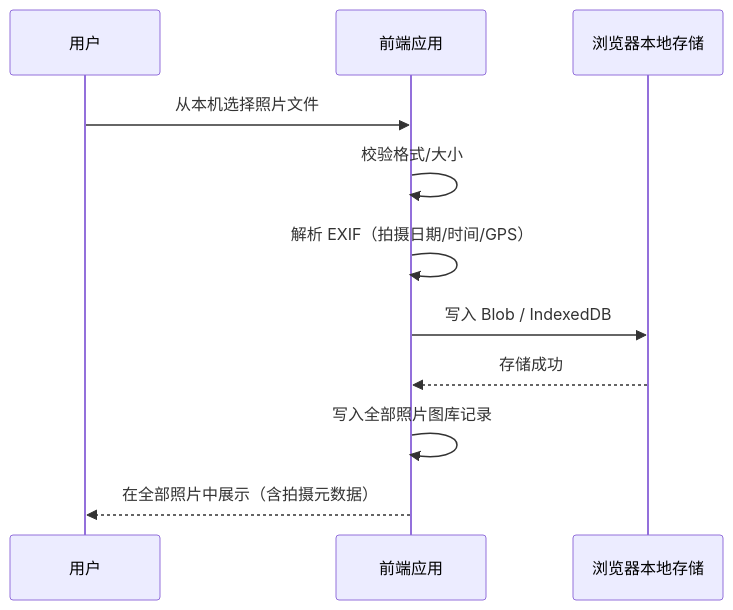
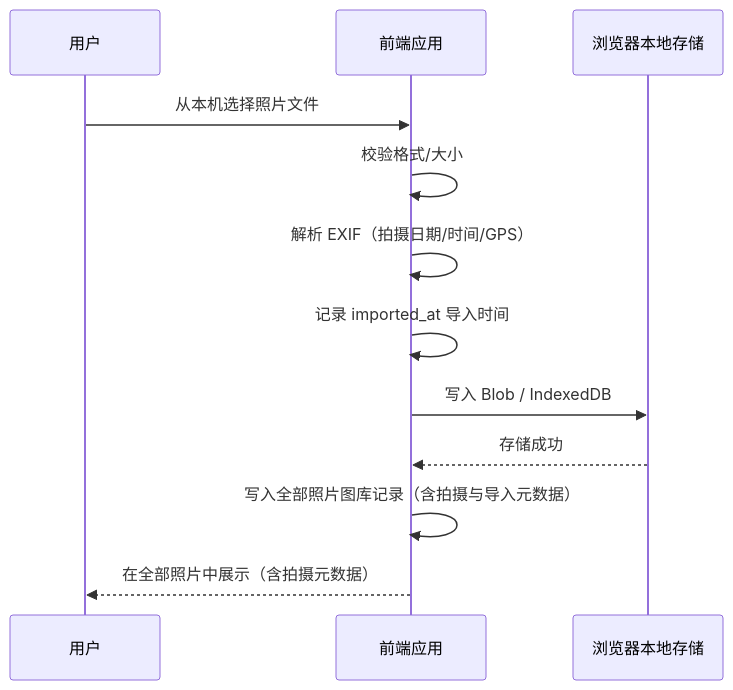
The third of 4 diagrams in PRD.md (skmywwx/MLT), drawn with Mermaid before and after one commit. The commit also changed other lines of this file and 1 other file, not shown here.

````diff
--- a/PRD.md
+++ b/PRD.md
@@ -249,14 +265,15 @@
 ```mermaid
 sequenceDiagram
     participant U as 用户
     participant App as 前端应用
     participant Local as 浏览器本地存储
 
     U->>App: 从本机选择照片文件
     App->>App: 校验格式/大小
     App->>App: 解析 EXIF（拍摄日期/时间/GPS）
+    App->>App: 记录 imported_at 导入时间
     App->>Local: 写入 Blob / IndexedDB
     Local-->>App: 存储成功
-    App->>App: 写入全部照片图库记录
+    App->>App: 写入全部照片图库记录（含拍摄与导入元数据）
     App-->>U: 在全部照片中展示（含拍摄元数据）
 ```
````
